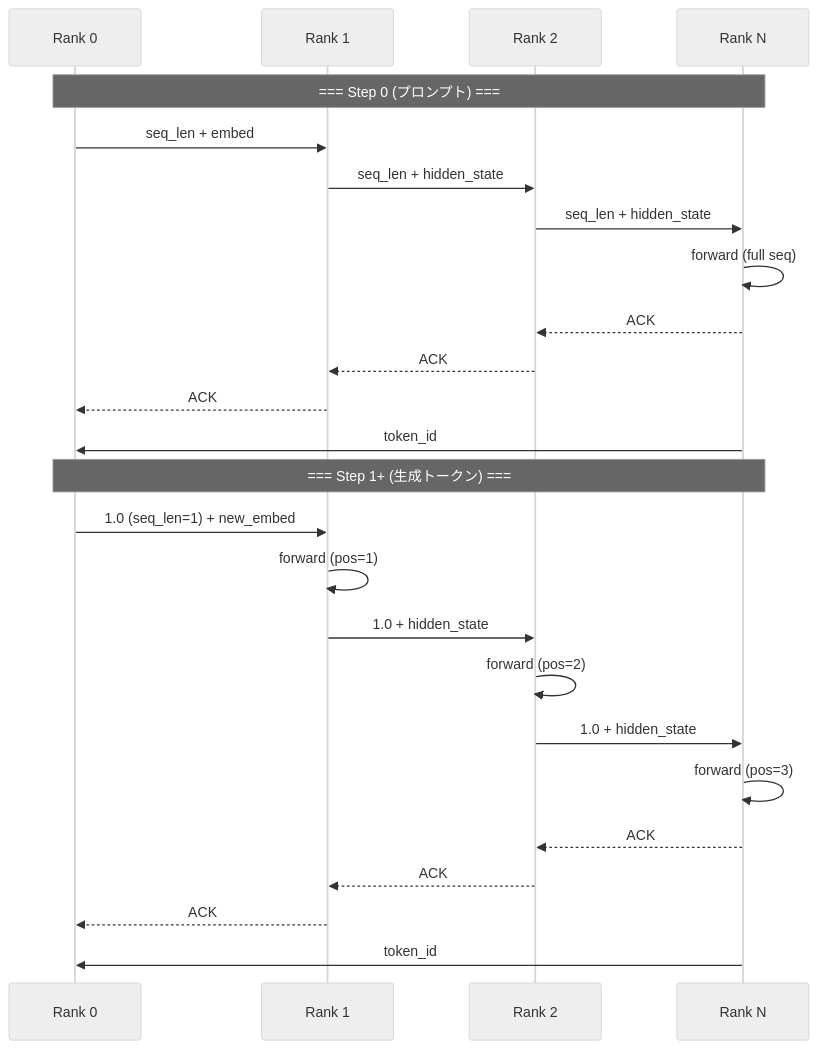
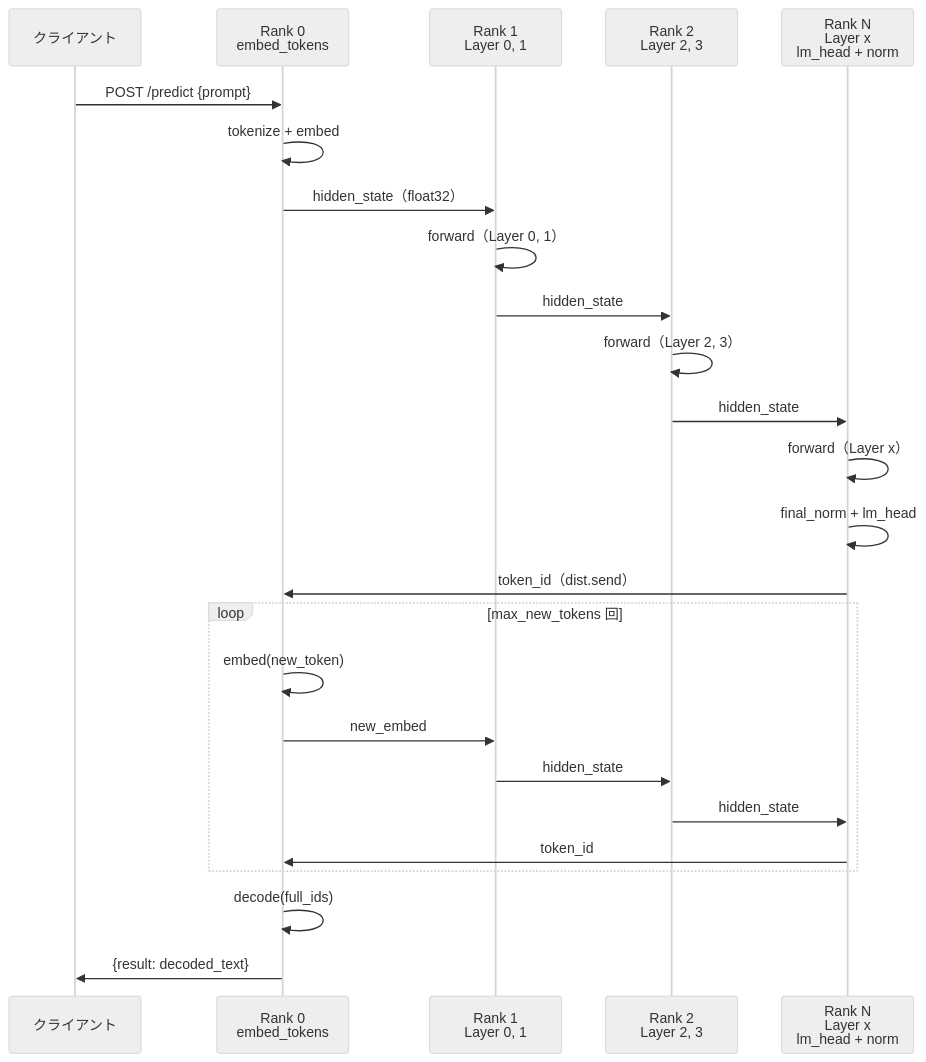
Before and after one commit to babcs2035/distributed-llm: the third of 7 diagrams in README.md, drawn with Mermaid (neutral theme). The commit also changed other lines of this file and 17 other files, not shown here.

````diff
--- a/README.md
+++ b/README.md
@@ -218,29 +183,30 @@
 ```mermaid
 sequenceDiagram
-    participant R0 as Rank 0
-    participant R1 as Rank 1
-    participant R2 as Rank 2
-    participant RN as Rank N
+    participant C as クライアント
+    participant R0 as Rank 0<br/>embed_tokens
+    participant R1 as Rank 1<br/>Layer 0, 1
+    participant R2 as Rank 2<br/>Layer 2, 3
+    participant RN as Rank N<br/>Layer x<br/>lm_head + norm
 
-    Note over R0,RN: === Step 0 (プロンプト) ===
-    R0->>R1: seq_len + embed
-    R1->>R2: seq_len + hidden_state
-    R2->>RN: seq_len + hidden_state
-    RN->>RN: forward (full seq)
-    RN-->>R2: ACK
-    R2-->>R1: ACK
-    R1-->>R0: ACK
-    RN->>R0: token_id
+    C->>R0: POST /predict {prompt}
+    R0->>R0: tokenize + embed
+    R0->>R1: hidden_state（float32）
+    R1->>R1: forward（Layer 0, 1）
+    R1->>R2: hidden_state
+    R2->>R2: forward（Layer 2, 3）
+    R2->>RN: hidden_state
+    RN->>RN: forward（Layer x）
+    RN->>RN: final_norm + lm_head
+    RN->>R0: token_id（dist.send）
 
-    Note over R0,RN: === Step 1+ (生成トークン) ===
-    R0->>R1: 1.0 (seq_len=1) + new_embed
-    R1->>R1: forward (pos=1)
-    R1->>R2: 1.0 + hidden_state
-    R2->>R2: forward (pos=2)
-    R2->>RN: 1.0 + hidden_state
-    RN->>RN: forward (pos=3)
-    RN-->>R2: ACK
-    R2-->>R1: ACK
-    R1-->>R0: ACK
-    RN->>R0: token_id
+    loop max_new_tokens 回
+        R0->>R0: embed(new_token)
+        R0->>R1: new_embed
+        R1->>R2: hidden_state
+        R2->>RN: hidden_state
+        RN->>R0: token_id
+    end
+
+    R0->>R0: decode(full_ids)
+    R0->>C: {result: decoded_text}
 ```
````
